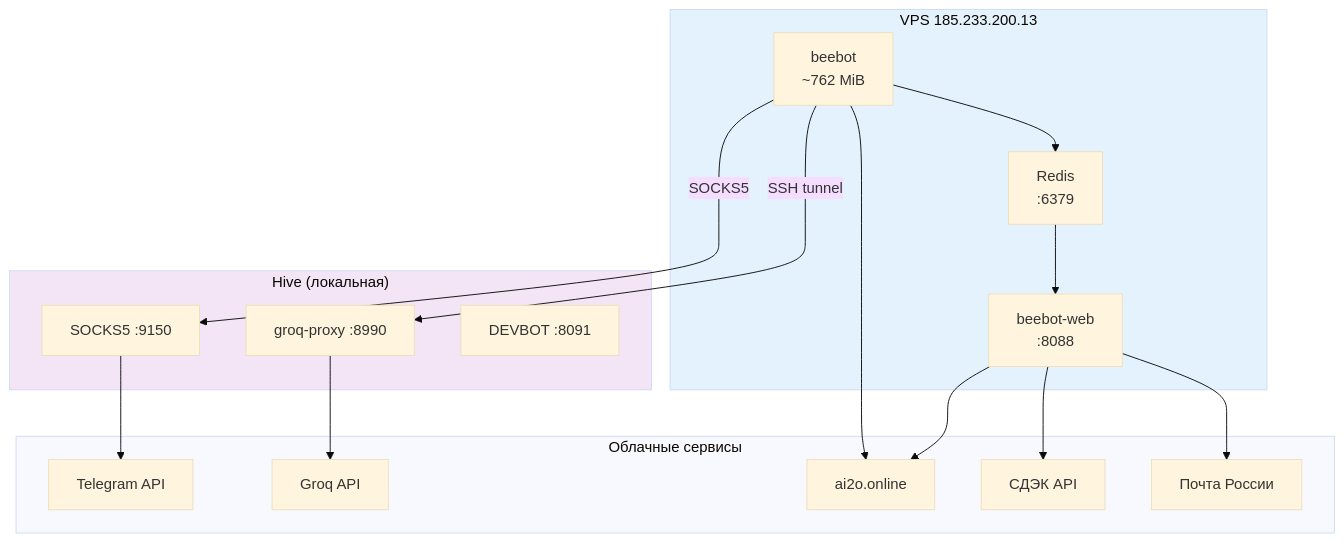
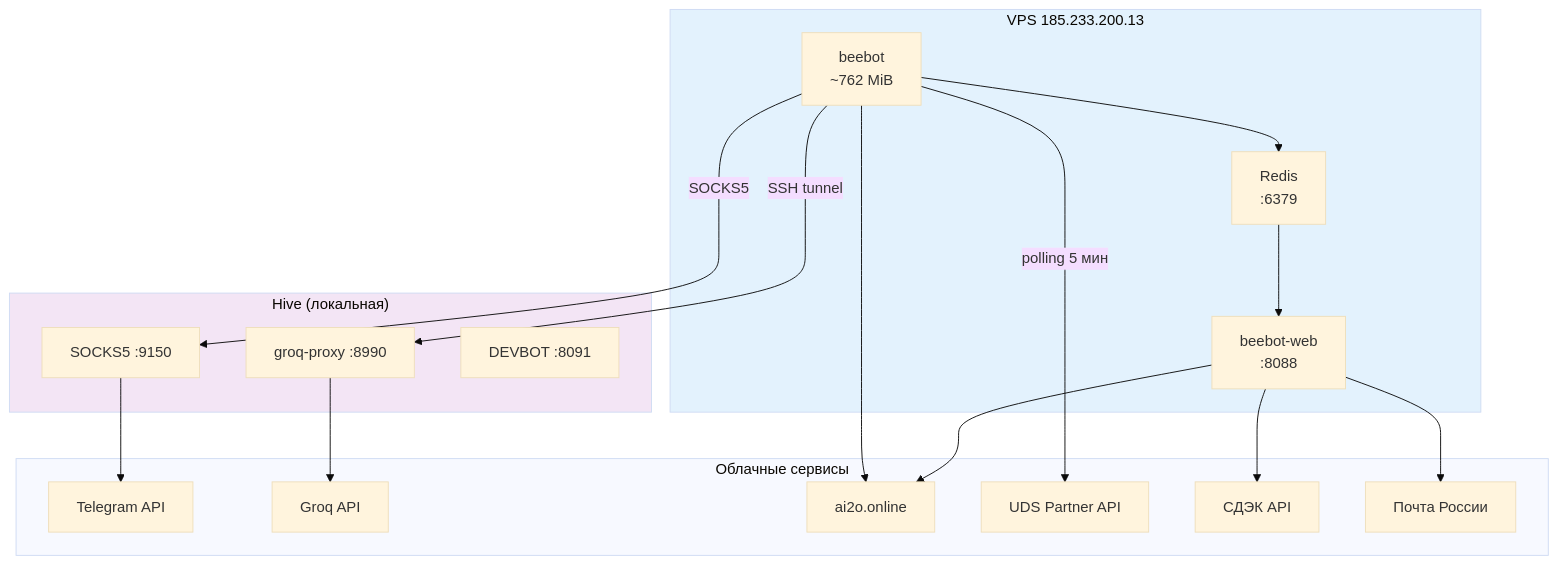
The seventh of 11 diagrams in docs/architecture.md (unidel2035/BEEBOT), drawn with Mermaid (base theme) before and after one commit. The commit also changed other lines of this file and 1 other file, not shown here.

First line of the commit message:
docs: добавить UDS и внешние системы в архитектурные диаграммы (#155)

````diff
--- a/docs/architecture.md
+++ b/docs/architecture.md
@@ -236,31 +246,33 @@
 ```mermaid
 graph TB
     subgraph VPS["VPS 185.233.200.13"]
         BOT_C["beebot<br/>~762 MiB"]
         WEB_C["beebot-web<br/>:8088"]
         REDIS_C["Redis<br/>:6379"]
     end
 
     subgraph HIVE["Hive (локальная)"]
         GROQ_P["groq-proxy :8990"]
         SOCKS["SOCKS5 :9150"]
         DEVBOT_C["DEVBOT :8091"]
     end
 
     subgraph CLOUD["Облачные сервисы"]
         TG_API["Telegram API"]
         GROQ_API["Groq API"]
         CRM_V2_C["ai2o.online"]
+        UDS_C["UDS Partner API"]
         CDEK["СДЭК API"]
         POCHTA["Почта России"]
     end
 
     BOT_C -->|"SSH tunnel"| GROQ_P --> GROQ_API
     BOT_C -->|"SOCKS5"| SOCKS --> TG_API
     BOT_C --> REDIS_C --> WEB_C
     BOT_C & WEB_C --> CRM_V2_C
+    BOT_C -->|"polling 5 мин"| UDS_C
     WEB_C --> CDEK & POCHTA
 
     style VPS fill:#e3f2fd
     style HIVE fill:#f3e5f5
 ```
````
